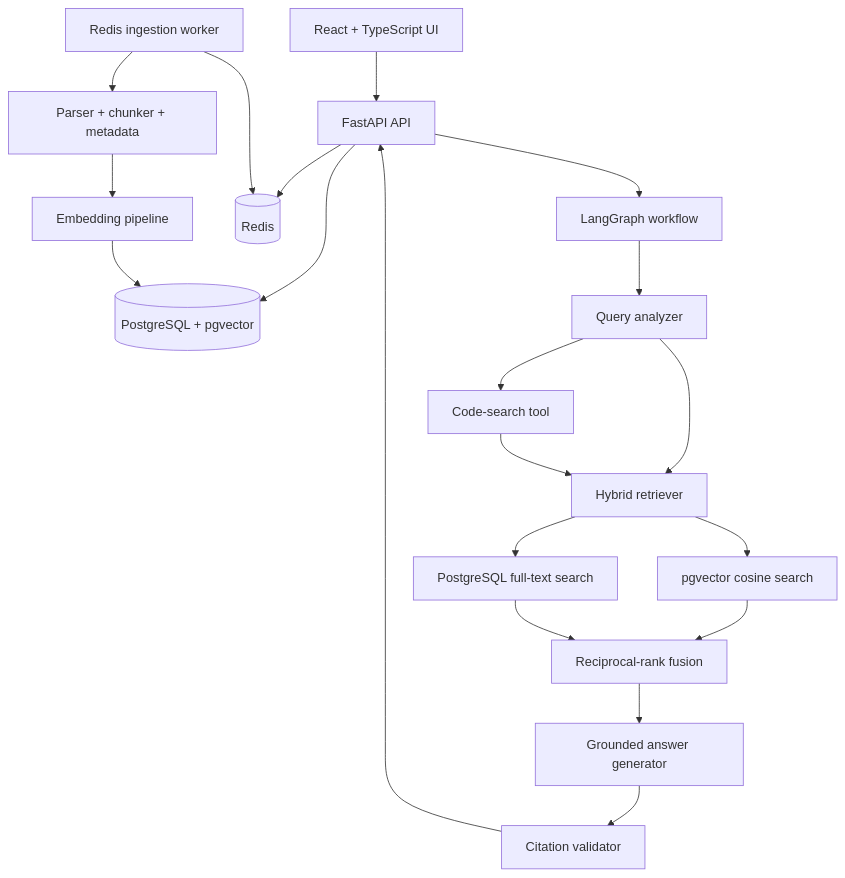
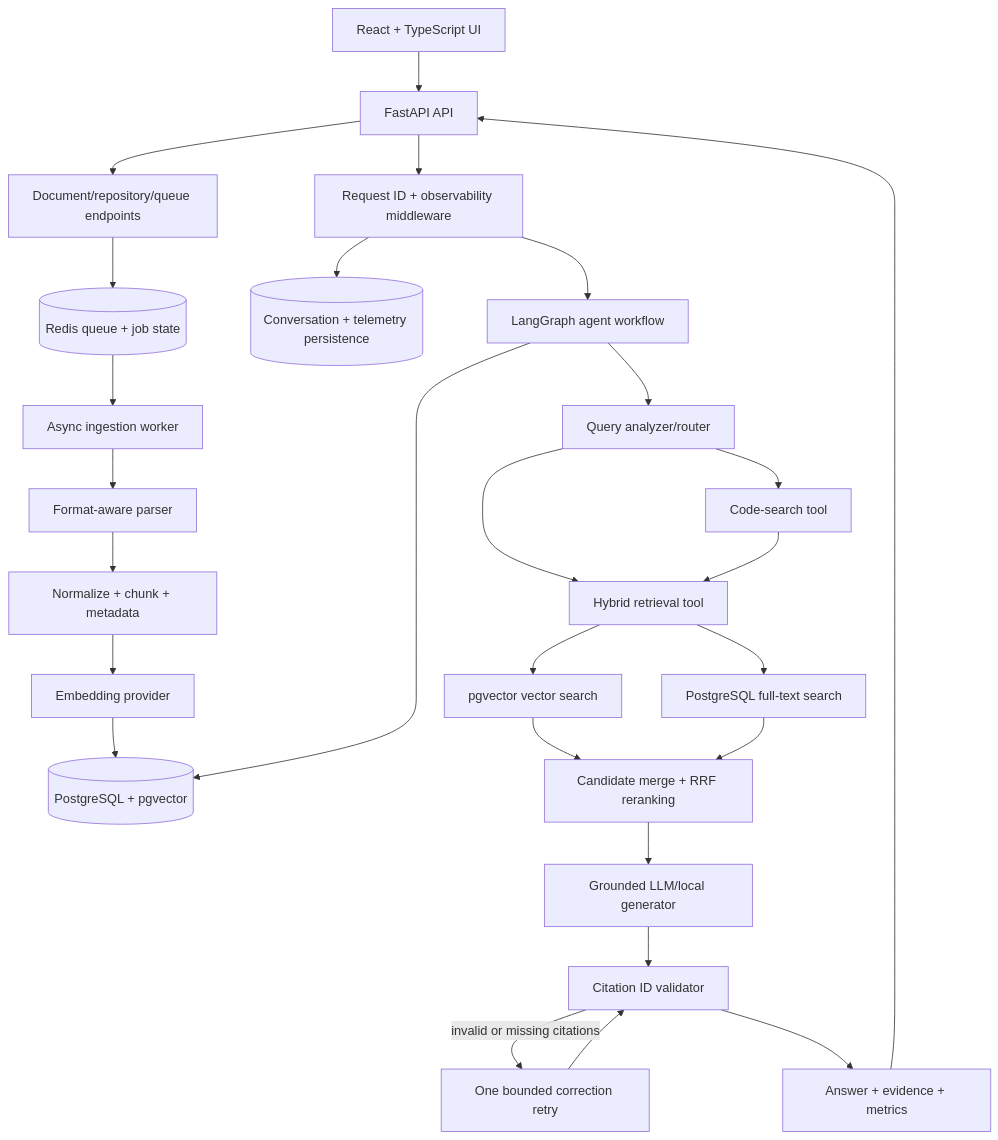
One commit to avinash-p05/devmind changed the diagram in README.md. Above: the diagram before and after it, drawn with Mermaid. The commit also changed other lines of this file, not shown here.

First line of the commit message:
docs: update README architecture

````diff
--- a/README.md
+++ b/README.md
@@ -18,22 +18,29 @@
 ```mermaid
 flowchart TD
     UI[React + TypeScript UI] --> API[FastAPI API]
-    API --> GRAPH[LangGraph workflow]
-    API --> DB[(PostgreSQL + pgvector)]
-    API --> REDIS[(Redis)]
-    WORKER[Redis ingestion worker] --> REDIS
-    WORKER --> INGEST[Parser + chunker + metadata]
-    INGEST --> EMBED[Embedding pipeline]
-    EMBED --> DB
-    GRAPH --> ROUTER[Query analyzer]
-    ROUTER --> CODE[Code-search tool]
-    ROUTER --> RETRIEVE[Hybrid retriever]
+    API --> REQUEST[Request ID + observability middleware]
+    REQUEST --> GRAPH[LangGraph agent workflow]
+    REQUEST --> PERSIST[(Conversation + telemetry persistence)]
+    API --> INGEST_API[Document/repository/queue endpoints]
+    INGEST_API --> REDIS[(Redis queue + job state)]
+    REDIS --> WORKER[Async ingestion worker]
+    WORKER --> PARSE[Format-aware parser]
+    PARSE --> CHUNK[Normalize + chunk + metadata]
+    CHUNK --> EMBED[Embedding provider]
+    EMBED --> DB[(PostgreSQL + pgvector)]
+    GRAPH --> ANALYZE[Query analyzer/router]
+    ANALYZE --> CODE[Code-search tool]
+    ANALYZE --> RETRIEVE[Hybrid retrieval tool]
     CODE --> RETRIEVE
-    RETRIEVE --> VECTOR[pgvector cosine search]
+    RETRIEVE --> VECTOR[pgvector vector search]
     RETRIEVE --> KEYWORD[PostgreSQL full-text search]
-    VECTOR --> RERANK[Reciprocal-rank fusion]
-    KEYWORD --> RERANK
-    RERANK --> GENERATE[Grounded answer generator]
-    GENERATE --> CITE[Citation validator]
-    CITE --> API
+    VECTOR --> FUSE[Candidate merge + RRF reranking]
+    KEYWORD --> FUSE
+    FUSE --> GENERATE[Grounded LLM/local generator]
+    GENERATE --> VALIDATE[Citation ID validator]
+    VALIDATE -->|invalid or missing citations| CORRECT[One bounded correction retry]
+    CORRECT --> VALIDATE
+    VALIDATE --> RESPONSE[Answer + evidence + metrics]
+    RESPONSE --> API
+    GRAPH --> DB
 ```
````
